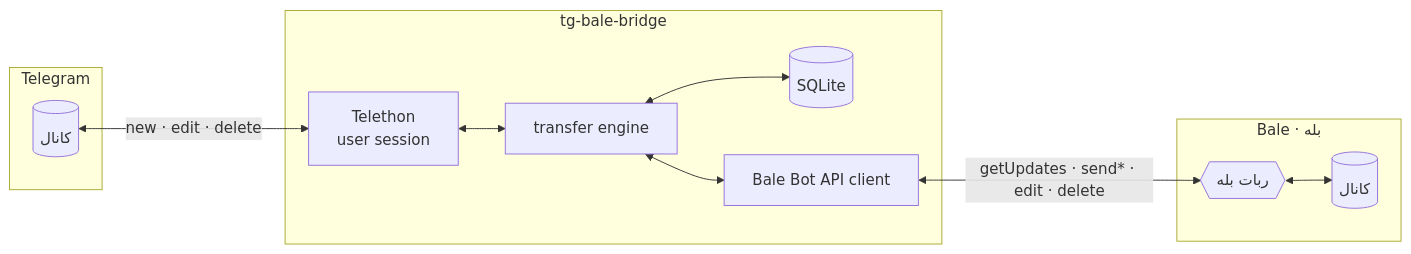
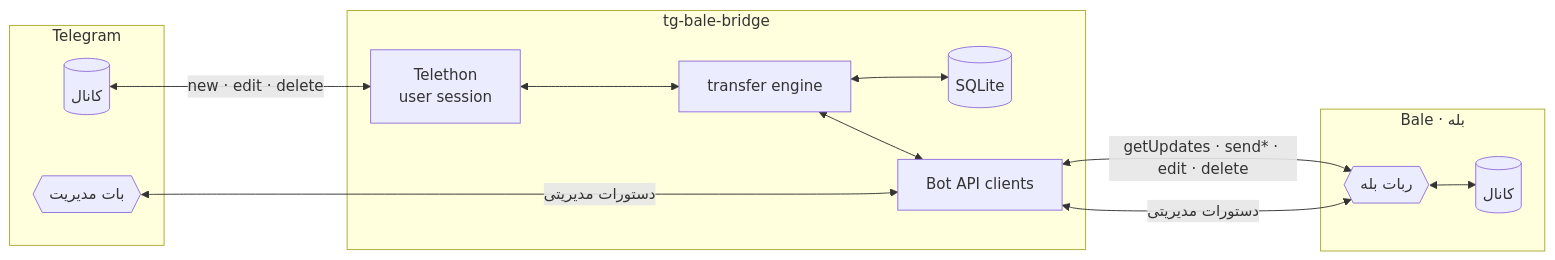
Before and after one commit to parham7991/tg-bale-bridge: the diagram in README.md, drawn with Mermaid. The commit also changed other lines of this file and 14 other files, not shown here.

````diff
--- a/README.md
+++ b/README.md
@@ -66,21 +67,24 @@
 ```mermaid
 flowchart LR
     subgraph TG[Telegram]
         CH1[(کانال)]
+        CTRL{{بات مدیریت}}
     end
     subgraph BRIDGE[tg-bale-bridge]
         TL[Telethon\nuser session]
         E[transfer engine]
         DB[(SQLite)]
-        BA[Bale Bot API client]
+        BA[Bot API clients]
     end
     subgraph BL[Bale · بله]
         CH2[(کانال)]
         BOT{{ربات بله}}
     end
     CH1 <-->|new · edit · delete| TL
     TL <--> E <--> DB
     E <--> BA
     BA <-->|getUpdates · send* · edit · delete| BOT
     BOT <--> CH2
+    CTRL <-->|دستورات مدیریتی| BA
+    BOT <-->|دستورات مدیریتی| BA
 ```
````
